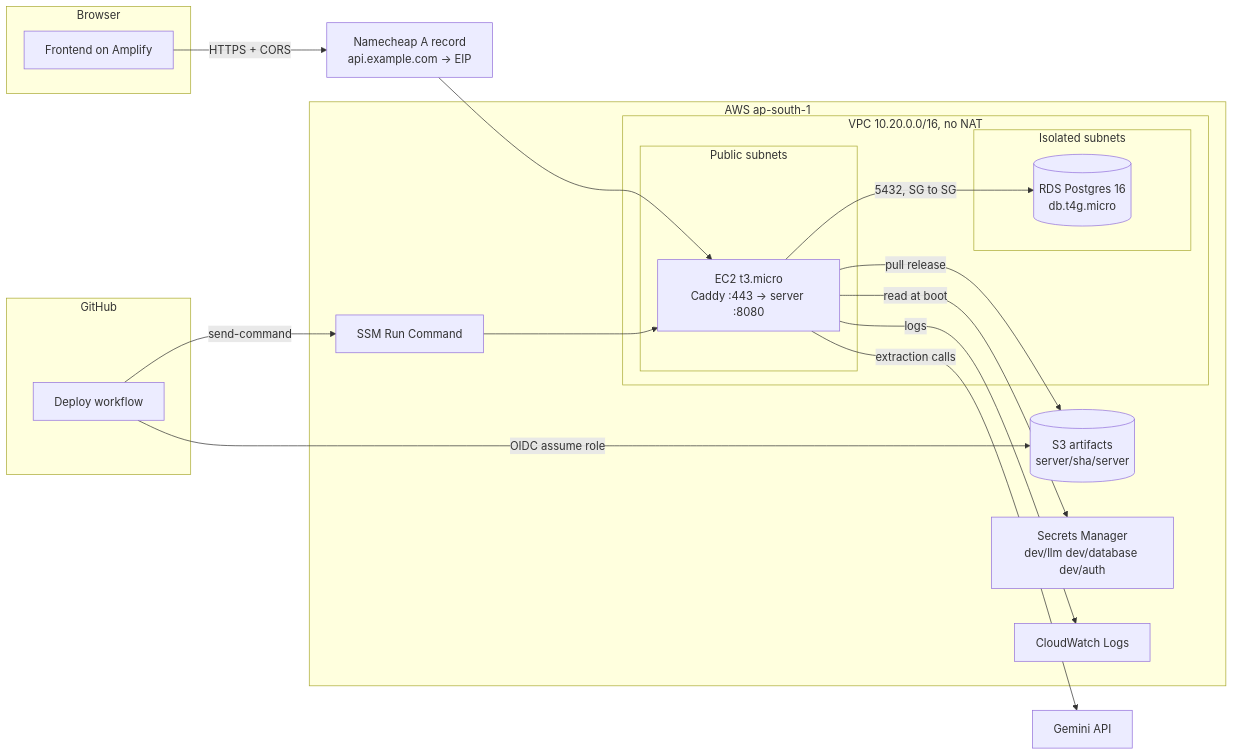
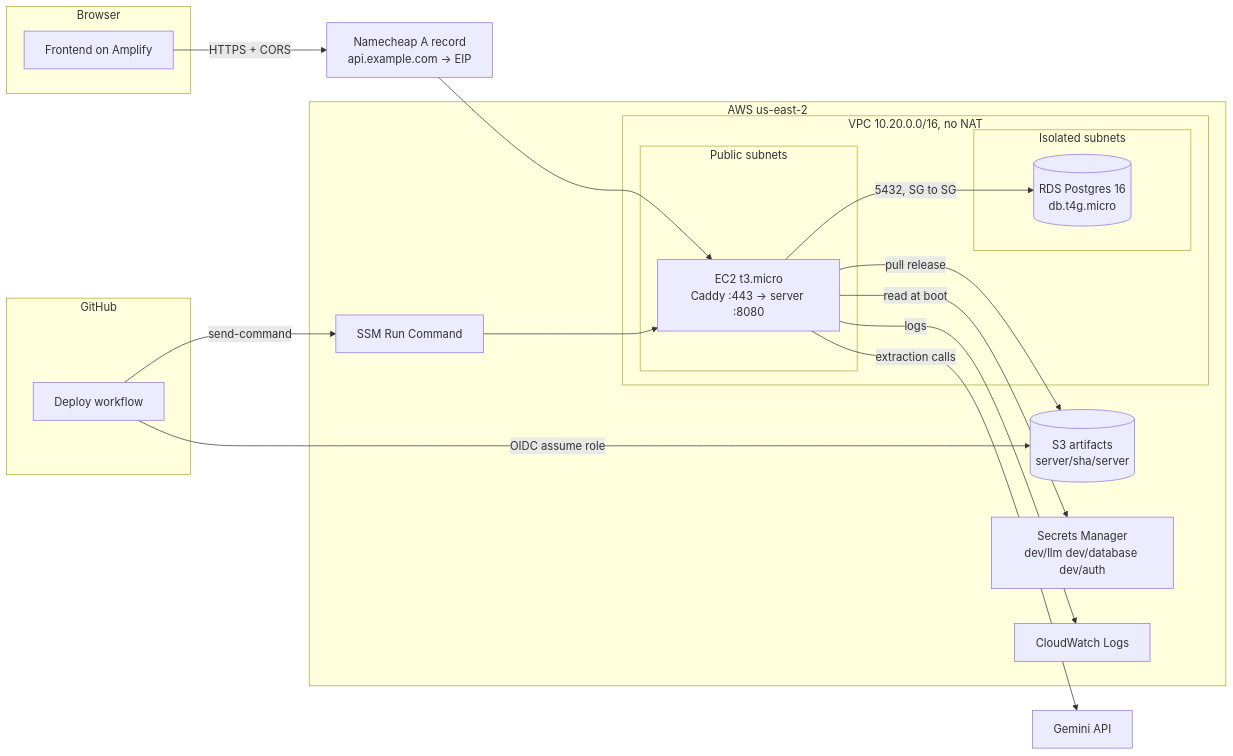
The diagram in docs/deployment-architecture.md (mattkhoo-wg/shipping-infra), drawn with Mermaid before and after one commit. The commit also changed other lines of this file and 4 other files, not shown here.

````diff
--- a/docs/deployment-architecture.md
+++ b/docs/deployment-architecture.md
@@ -18,34 +25,34 @@
 ```mermaid
 flowchart LR
   subgraph browser [Browser]
     FE[Frontend on Amplify]
   end
   subgraph gh [GitHub]
     WF[Deploy workflow]
   end
-  subgraph aws [AWS ap-south-1]
+  subgraph aws [AWS us-east-2]
     subgraph vpc [VPC 10.20.0.0/16, no NAT]
       subgraph pub [Public subnets]
         EC2[EC2 t3.micro<br/>Caddy :443 -> server :8080]
       end
       subgraph iso [Isolated subnets]
         RDS[(RDS Postgres 16<br/>db.t4g.micro)]
       end
     end
     S3[(S3 artifacts<br/>server/sha/server)]
     SM[Secrets Manager<br/>dev/llm dev/database dev/auth]
     SSM[SSM Run Command]
     CW[CloudWatch Logs]
   end
   DNS[Namecheap A record<br/>api.example.com -> EIP]
   LLM[Gemini API]
 
   FE -- HTTPS + CORS --> DNS --> EC2
   EC2 -- 5432, SG to SG --> RDS
   EC2 -- read at boot --> SM
   EC2 -- pull release --> S3
   EC2 -- logs --> CW
   EC2 -- extraction calls --> LLM
   WF -- OIDC assume role --> S3
   WF -- send-command --> SSM --> EC2
 ```
````
